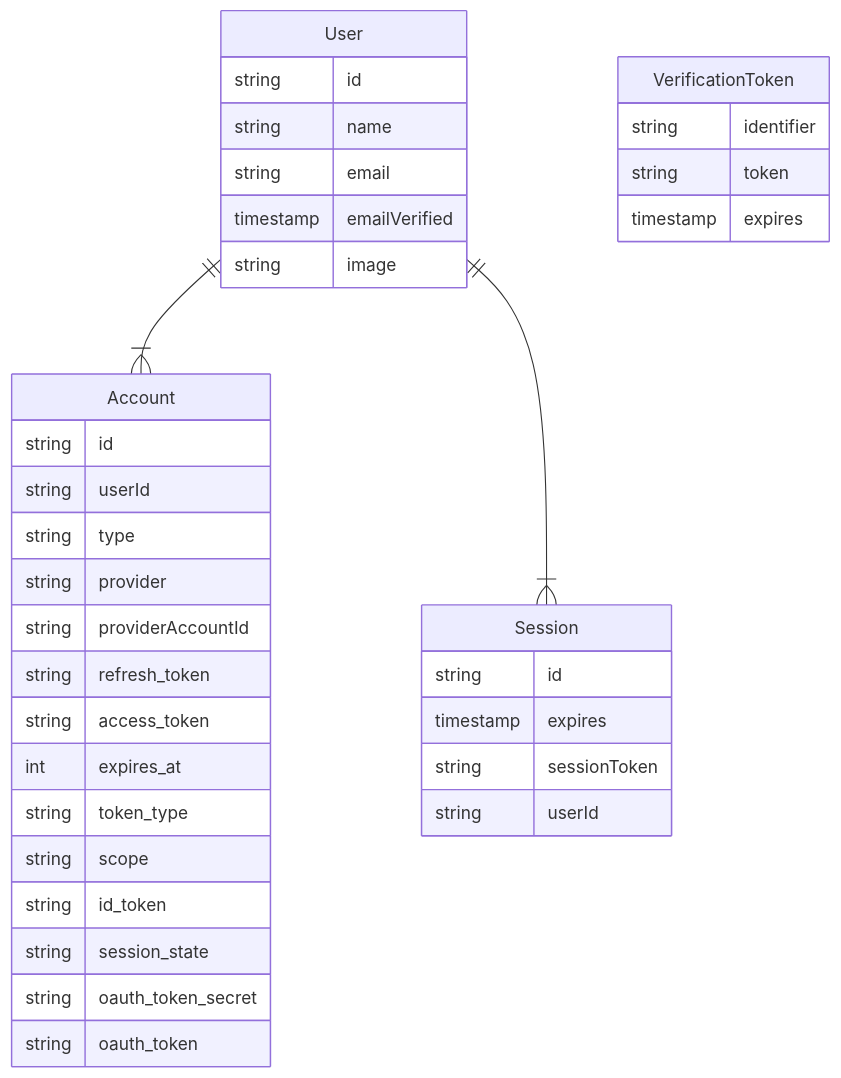
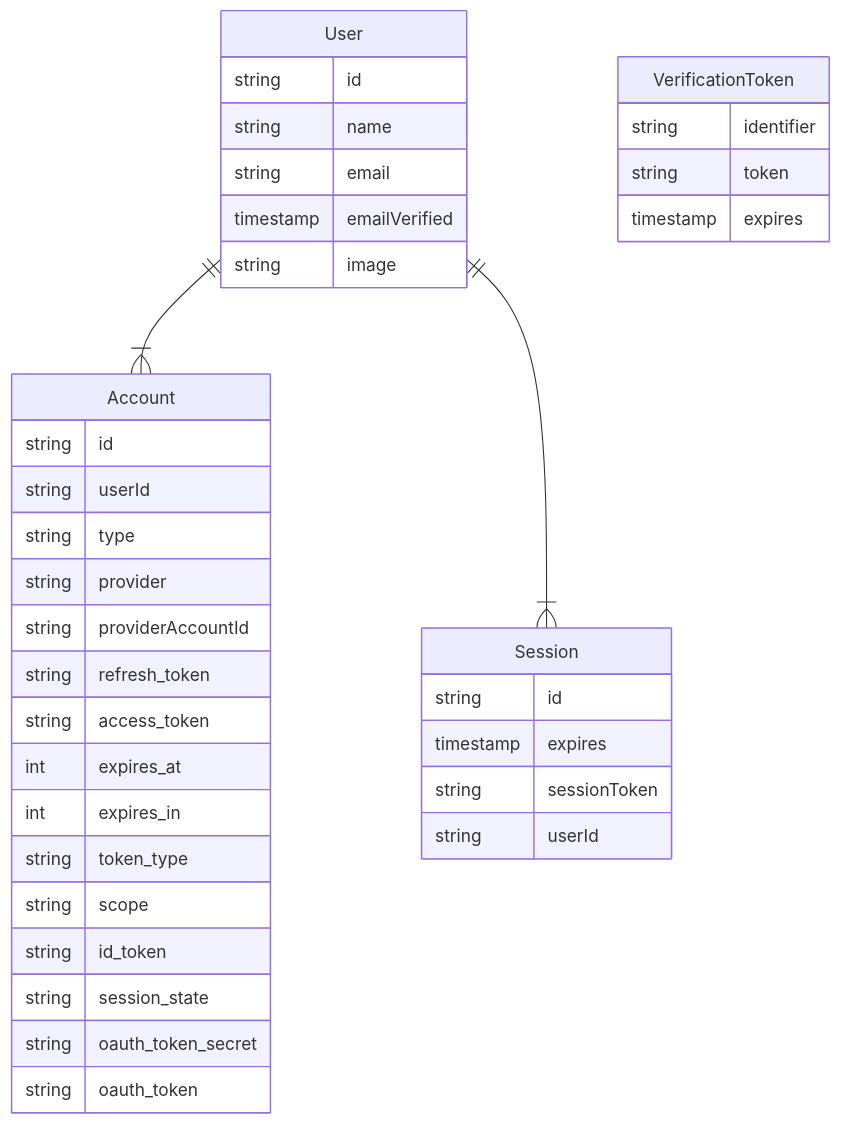
Before and after one commit to nextauthjs/next-auth: the diagram in docs/docs/reference/06-adapters/01-models.md, drawn with Mermaid. The commit also changed 2 other files, not shown here.

Commit message:
check oidc account types

````diff
--- a/docs/docs/reference/06-adapters/01-models.md
+++ b/docs/docs/reference/06-adapters/01-models.md
@@ -8,39 +8,40 @@
 ```mermaid
 erDiagram
   User ||--|{ Account : ""
   User {
   string id
   string name
   string email
   timestamp emailVerified
   string image
   }
   User ||--|{ Session : ""
   Session {
   string id
   timestamp expires
   string sessionToken
   string userId
   }
   Account {
   string id
   string userId
   string type
   string provider
   string providerAccountId
   string refresh_token
   string access_token
   int expires_at
+  int expires_in
   string token_type
   string scope
   string id_token
   string session_state
   string oauth_token_secret
   string oauth_token
   }
   VerificationToken {
   string identifier
   string token
   timestamp expires
   }
 ```
````
